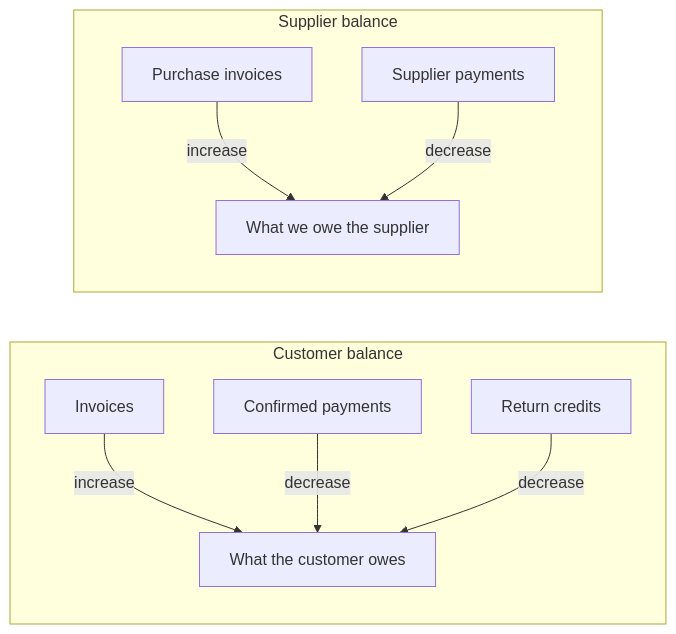
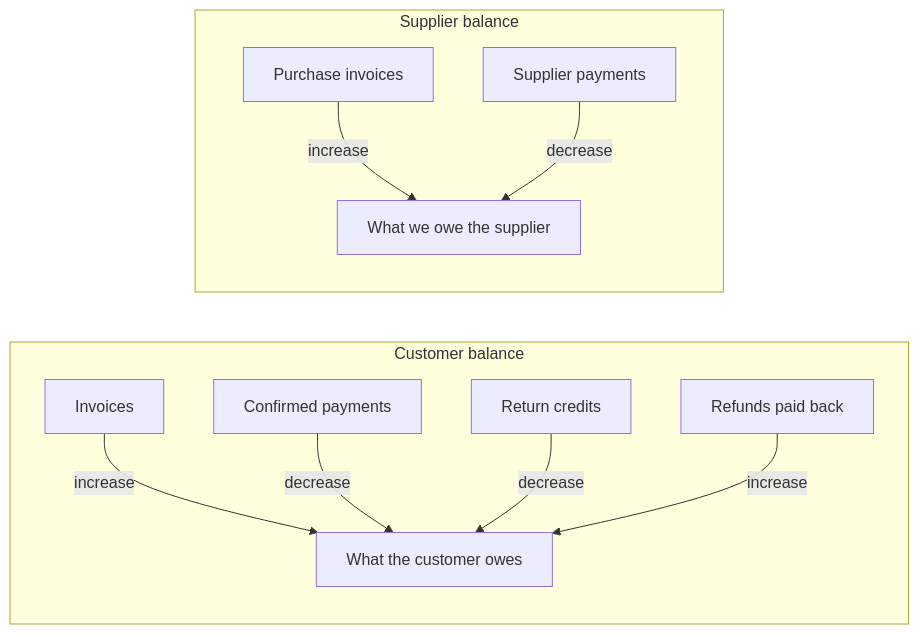
The seventh of 7 diagrams in docs/workflows/05-invoices-and-payments.md (AhmedElnagarUU/Cosmo), drawn with Mermaid before and after one commit. The commit also changed other lines of this file and 14 other files, not shown here.

````diff
--- a/docs/workflows/05-invoices-and-payments.md
+++ b/docs/workflows/05-invoices-and-payments.md
@@ -138,13 +138,14 @@
 ```mermaid
 flowchart LR
     subgraph CUST[Customer balance]
         I[Invoices] -- increase --> CB[What the customer owes]
         P[Confirmed payments] -- decrease --> CB
         R[Return credits] -- decrease --> CB
+        RF[Refunds paid back] -- increase --> CB
     end
 
     subgraph SUPP[Supplier balance]
         PI[Purchase invoices] -- increase --> SB[What we owe the supplier]
         SP[Supplier payments] -- decrease --> SB
     end
 ```
````
